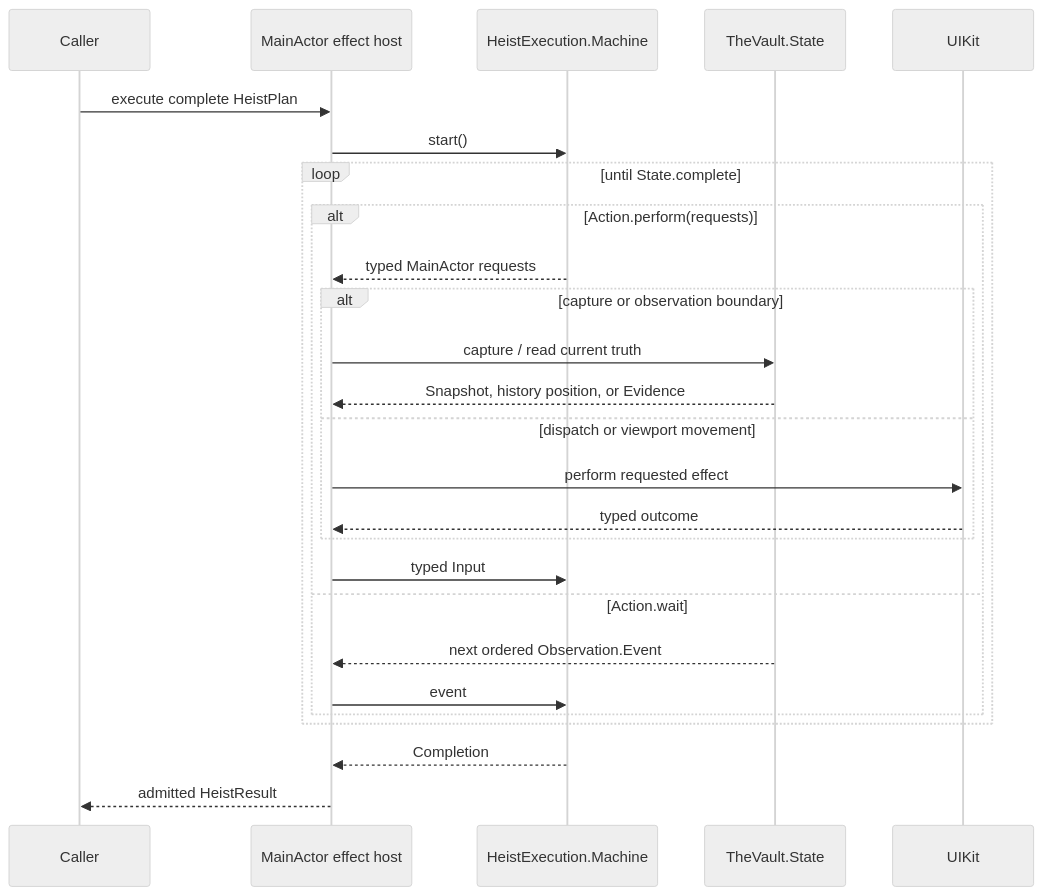
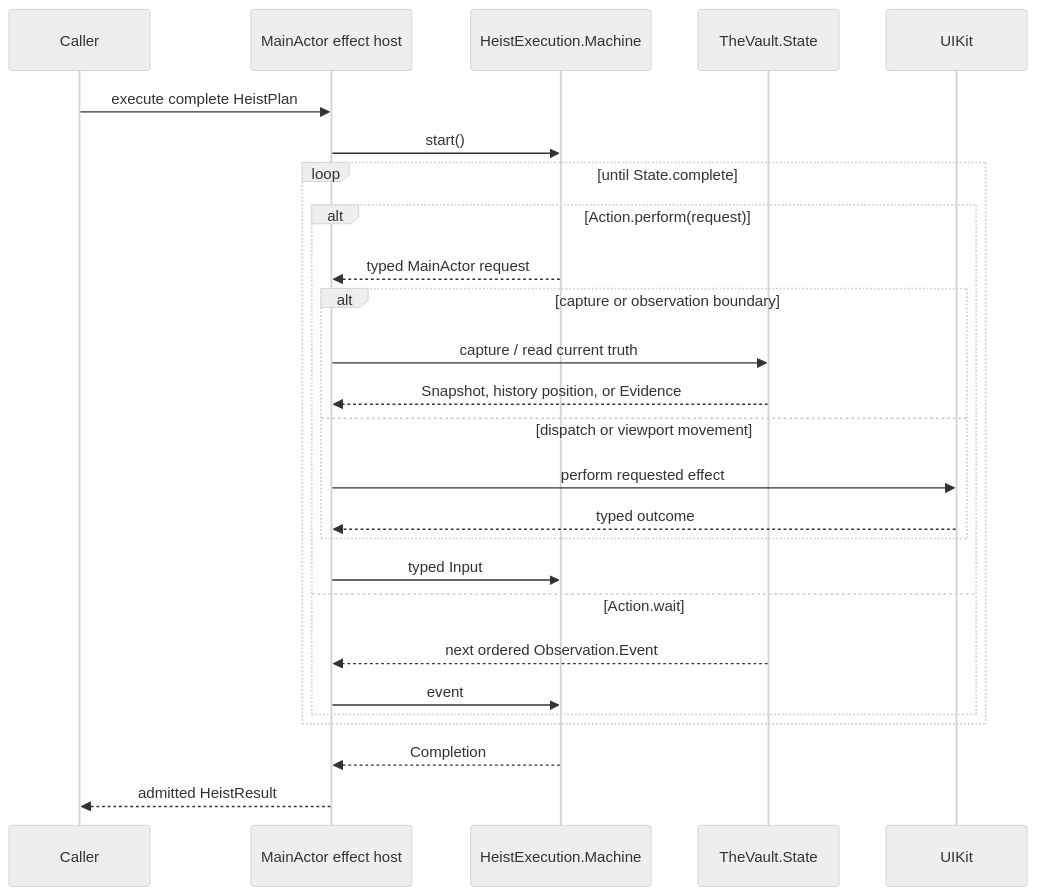
One commit to RoyalPineapple/TheButtonHeist changed the second of 2 diagrams in docs/diagrams/heist-execution.md. Above: the diagram before and after it, drawn with Mermaid (neutral theme). The commit also changed 6 other files, not shown here.

````diff
--- a/docs/diagrams/heist-execution.md
+++ b/docs/diagrams/heist-execution.md
@@ -42,29 +42,29 @@
 ```mermaid
 sequenceDiagram
     participant Caller
     participant Host as MainActor effect host
     participant Machine as HeistExecution.Machine
     participant Vault as TheVault.State
     participant UIKit
 
     Caller->>Host: execute complete HeistPlan
     Host->>Machine: start()
     loop until State.complete
-        alt Action.perform(requests)
-            Machine-->>Host: typed MainActor requests
+        alt Action.perform(request)
+            Machine-->>Host: typed MainActor request
             alt capture or observation boundary
                 Host->>Vault: capture / read current truth
                 Vault-->>Host: Snapshot, history position, or Evidence
             else dispatch or viewport movement
                 Host->>UIKit: perform requested effect
                 UIKit-->>Host: typed outcome
             end
             Host->>Machine: typed Input
         else Action.wait
             Vault-->>Host: next ordered Observation.Event
             Host->>Machine: event
         end
     end
     Machine-->>Host: Completion
     Host-->>Caller: admitted HeistResult
 ```
````
